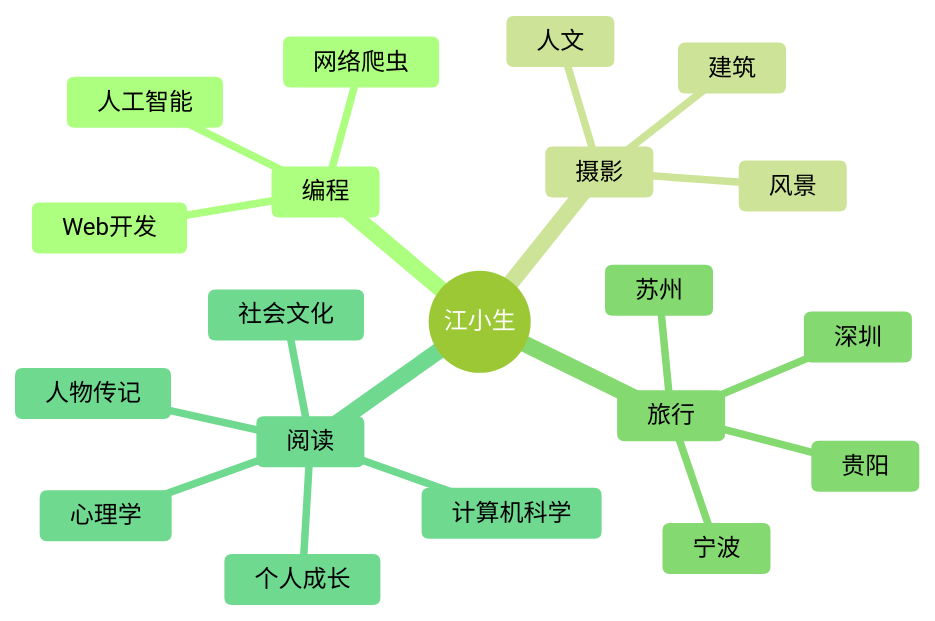
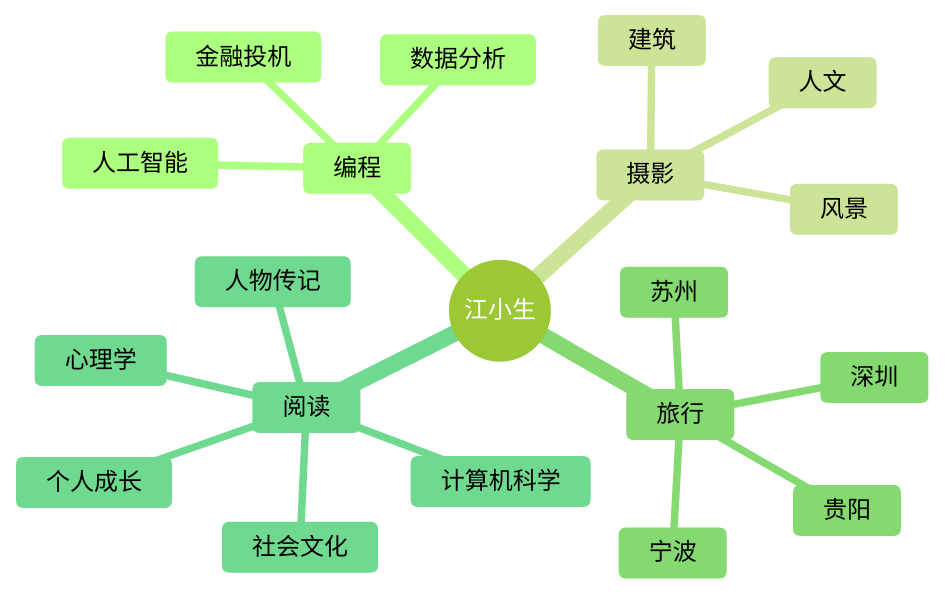
One commit to onecany/onecany changed the diagram in README.md. Above: the diagram before and after it, drawn with Mermaid (forest theme). The commit also changed other lines of this file, not shown here.

Commit message:
更新 README.md

````diff
--- a/README.md
+++ b/README.md
@@ -52,23 +52,23 @@
 ```mermaid
 mindmap
   root((江小生))
     编程
-      Web开发
-      网络爬虫
+      金融投机
+      数据分析
       人工智能
     摄影
       人文
       建筑
       风景
     旅行
       苏州
       深圳
       贵阳
       宁波
     阅读
       人物传记
       个人成长
       社会文化
       心理学
       计算机科学
 ```
````
